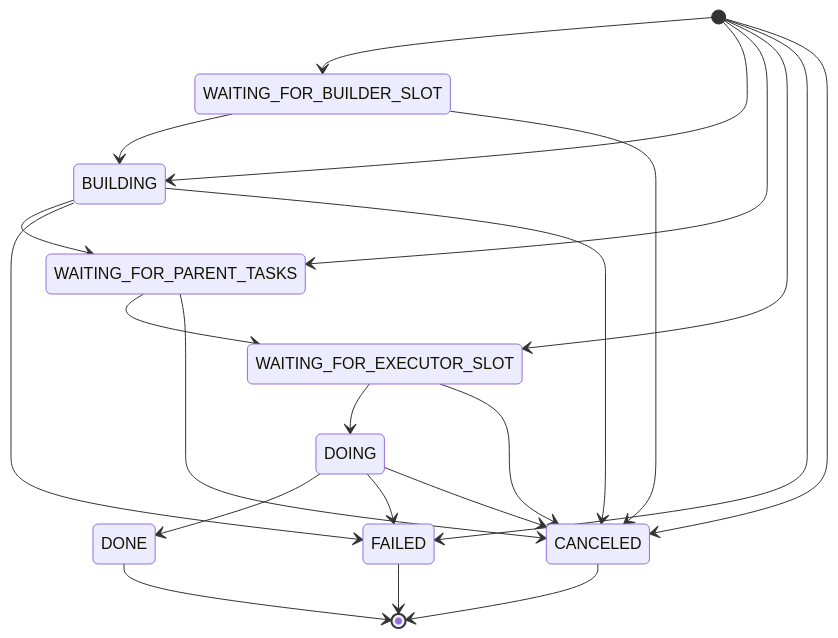
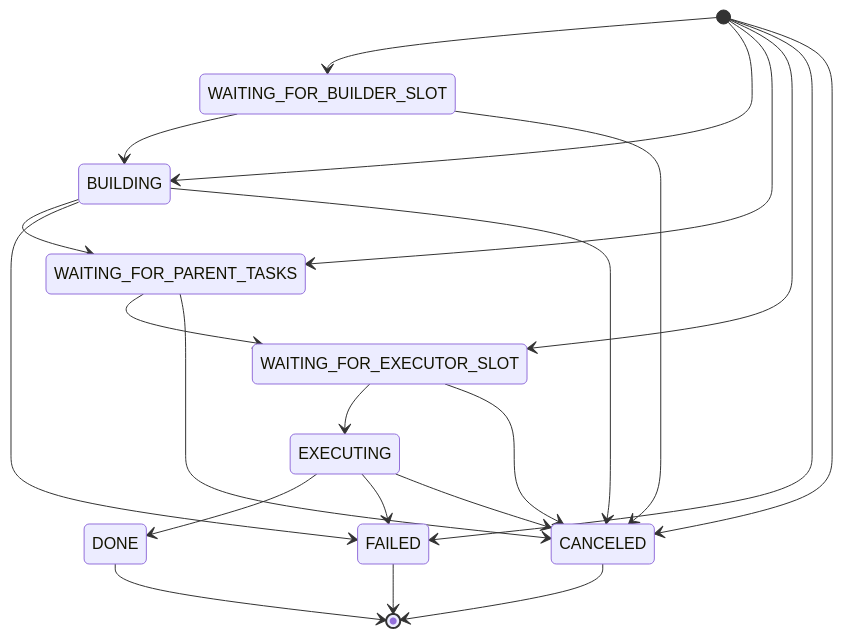
The diagram in docs/assets/schemas/computetask.state.mmd (Substra/orchestrator), drawn with Mermaid before and after one commit. The commit also changed 19 other files, not shown here.

Commit message:
chore: rename ComputeTask `DOING` to `EXECUTING`

```diff
--- a/docs/assets/schemas/computetask.state.mmd
+++ b/docs/assets/schemas/computetask.state.mmd
@@ -1,36 +1,36 @@
 stateDiagram-v2
     waitingBuilding: WAITING_FOR_BUILDER_SLOT
 	building: BUILDING
 	waitingParent: WAITING_FOR_PARENT_TASKS
 	waitingExecutor: WAITING_FOR_EXECUTOR_SLOT
-	doing: DOING
+	executing: EXECUTING
 	canceled: CANCELED
 	failed: FAILED
 	done: DONE
 
 
 	[*] --> waitingBuilding
 	[*] --> building
 	[*] --> waitingParent
 	[*] --> waitingExecutor
 	[*] --> failed
     [*] --> canceled
 
 	waitingBuilding --> building
 	building --> waitingParent
 	waitingParent --> waitingExecutor
-	waitingExecutor --> doing
-	doing --> done
+	waitingExecutor --> executing
+	executing --> done
 	done --> [*]
 
 	
 	building --> failed
-	doing --> failed
+	executing --> failed
 	failed --> [*]
 	
 	waitingBuilding --> canceled
 	building --> canceled
 	waitingParent --> canceled
 	waitingExecutor --> canceled
-	doing --> canceled
+	executing --> canceled
 	canceled --> [*]
```
